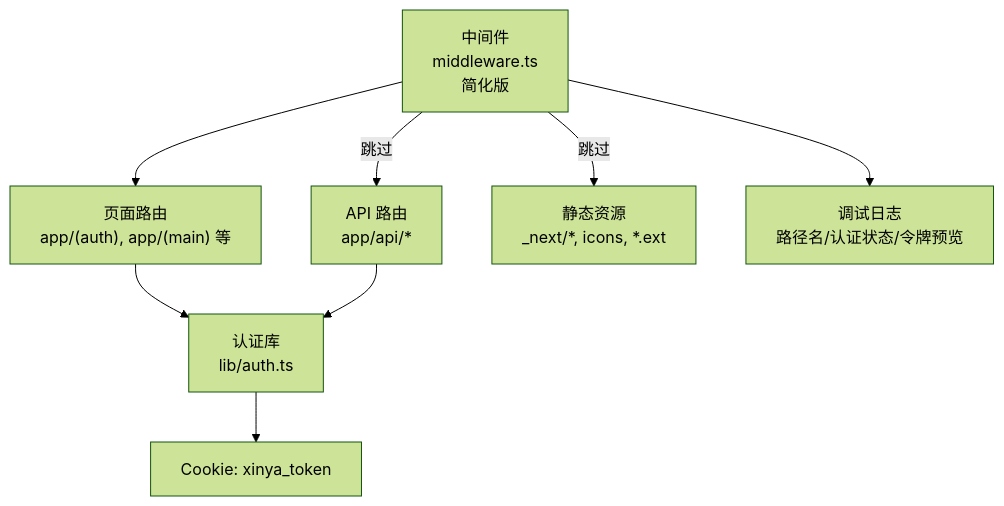
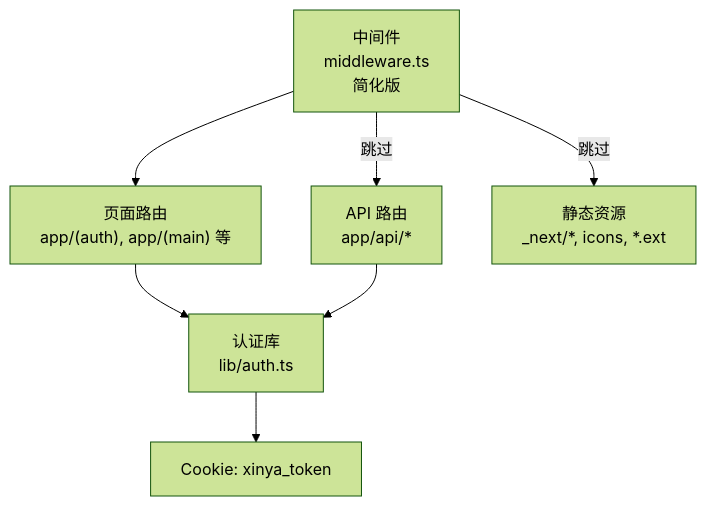
One commit to kangkang919/xinya changed the first of 7 diagrams in .qoder/repowiki/zh/content/用户认证系统/认证中间件.md. Above: the diagram before and after it, drawn with Mermaid (forest theme). The commit also changed other lines of this file and 35 other files, not shown here.

````diff
--- a/.qoder/repowiki/zh/content/用户认证系统/认证中间件.md
+++ b/.qoder/repowiki/zh/content/用户认证系统/认证中间件.md
@@ -53,10 +52,9 @@
 ```mermaid
 graph TB
 MW["中间件<br/>middleware.ts<br/>简化版"] --> Pages["页面路由<br/>app/(auth), app/(main) 等"]
 MW --> |跳过| API["API 路由<br/>app/api/*"]
 MW --> |跳过| Static["静态资源<br/>_next/*, icons, *.ext"]
 Pages --> AuthLib["认证库<br/>lib/auth.ts"]
 API --> AuthLib
 AuthLib --> Cookies["Cookie: xinya_token"]
-MW --> DebugLog["调试日志<br/>路径名/认证状态/令牌预览"]
 ```
````
